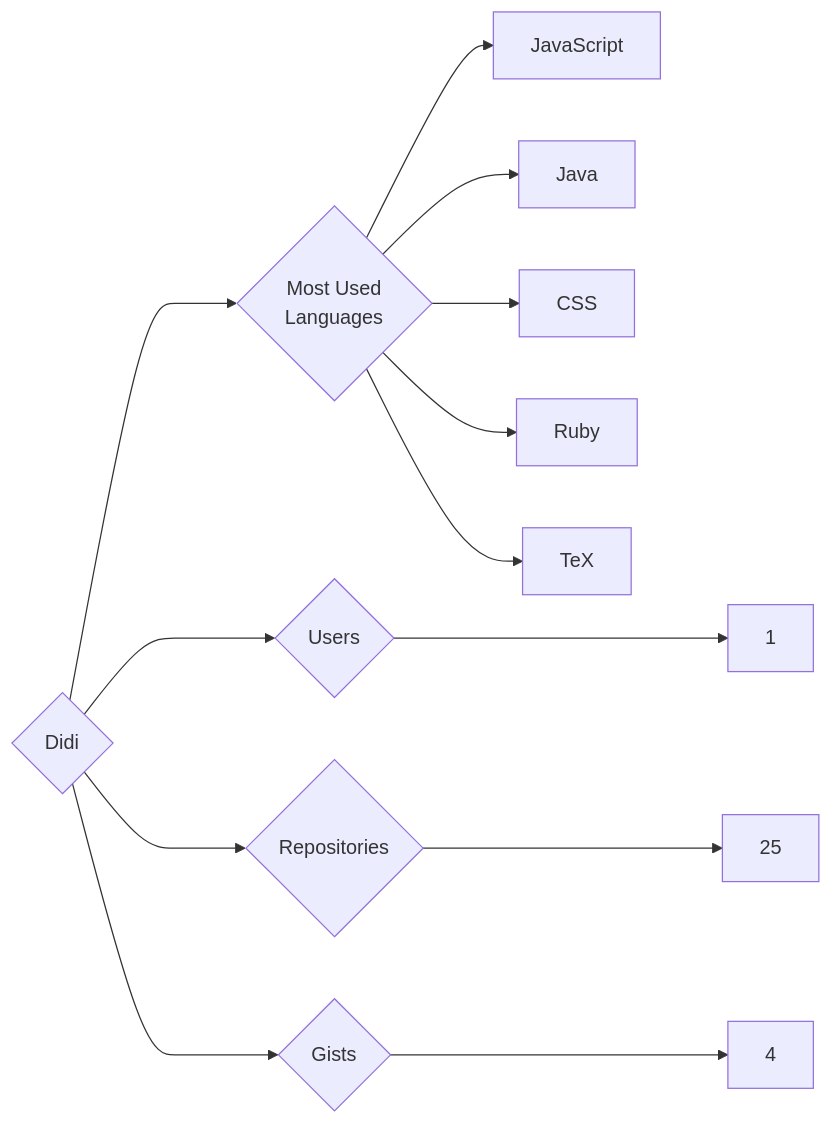
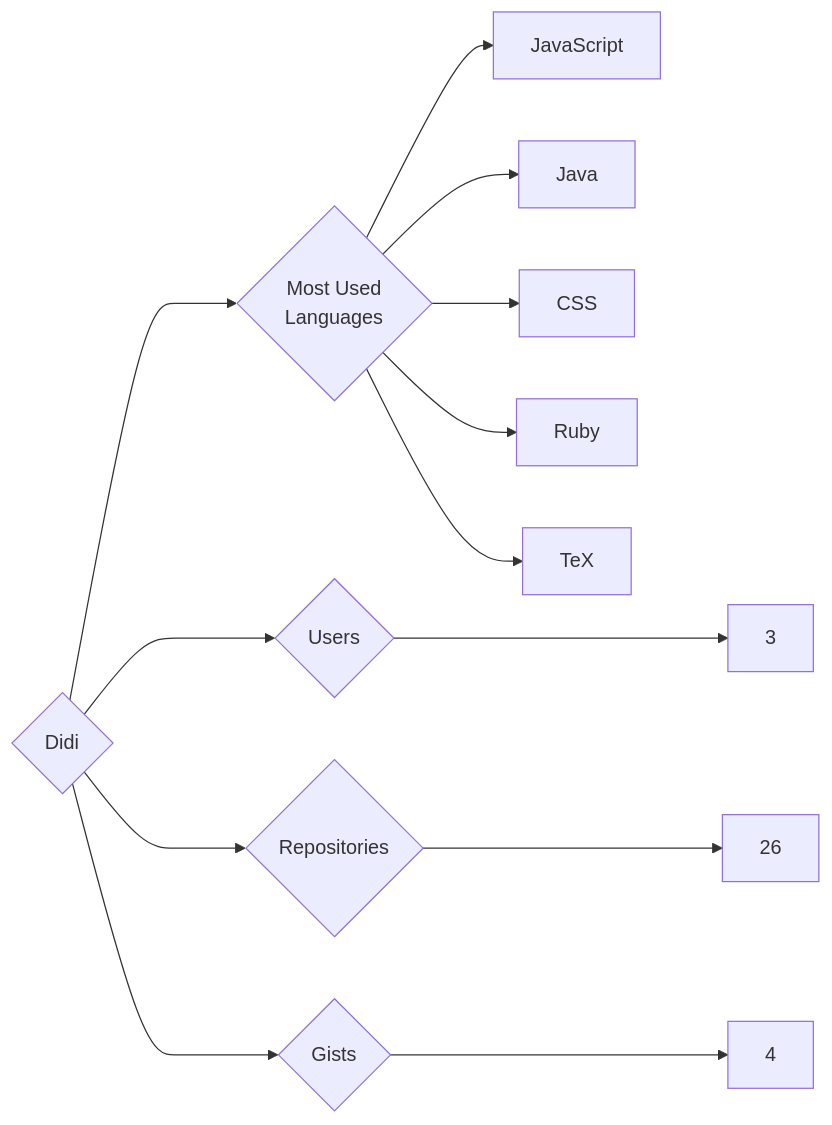
Before and after one commit to trickest/insiders: the diagram in targets/Didi/README.md, drawn with Mermaid. The commit also changed 1092 other files, not shown here.

````diff
--- a/targets/Didi/README.md
+++ b/targets/Didi/README.md
@@ -3,13 +3,13 @@
 ```mermaid
 graph LR
 COMPANY_NAME{Didi}
-COMPANY_NAME ---> U{Users} ---> UN[1]
-COMPANY_NAME ---> R{Repositories} ---> RN[25]
+COMPANY_NAME ---> U{Users} ---> UN[3]
+COMPANY_NAME ---> R{Repositories} ---> RN[26]
 COMPANY_NAME ---> G{Gists} ---> GN[4]
 COMPANY_NAME ---> ML{Most Used<br>Languages}
 ML --> JavaScript[JavaScript]
 ML --> Java[Java]
 ML --> CSS[CSS]
 ML --> Ruby[Ruby]
 ML --> TeX[TeX]
 ```
````
